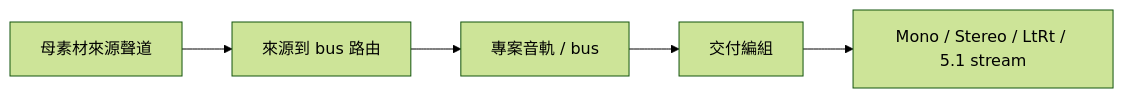
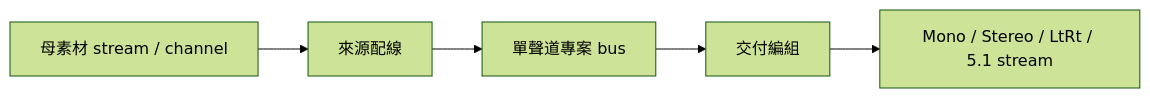
One commit to evanwayc-star/SUB_Tool changed the second of 5 diagrams in docs/技術架構說明.md. Above: the diagram before and after it, drawn with Mermaid (forest theme). The commit also changed other lines of this file and 64 other files, not shown here.

````diff
--- a/docs/技術架構說明.md
+++ b/docs/技術架構說明.md
@@ -77,7 +80,7 @@
 ```mermaid
 flowchart LR
-  S[母素材來源聲道] --> R[來源到 bus 路由]
-  R --> B[專案音軌 / bus]
+  S[母素材 stream / channel] --> R[來源配線]
+  R --> B[單聲道專案 bus]
   B --> L[交付編組]
   L --> O[Mono / Stereo / LtRt / 5.1 stream]
 ```
````
